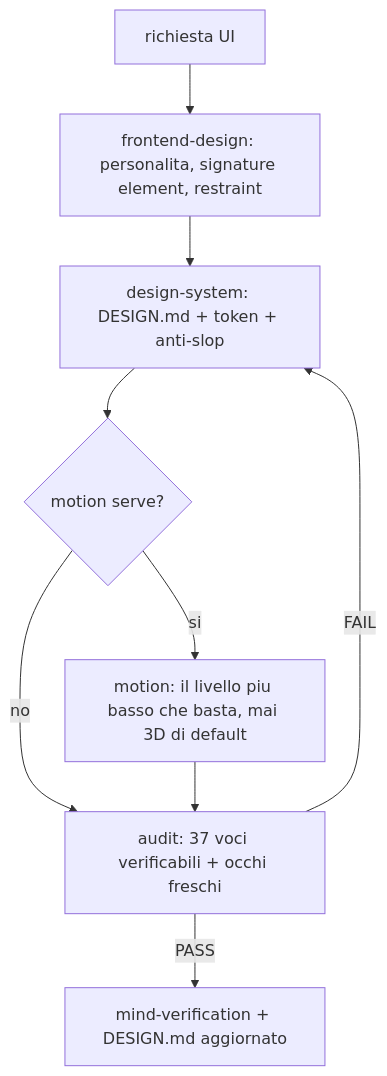
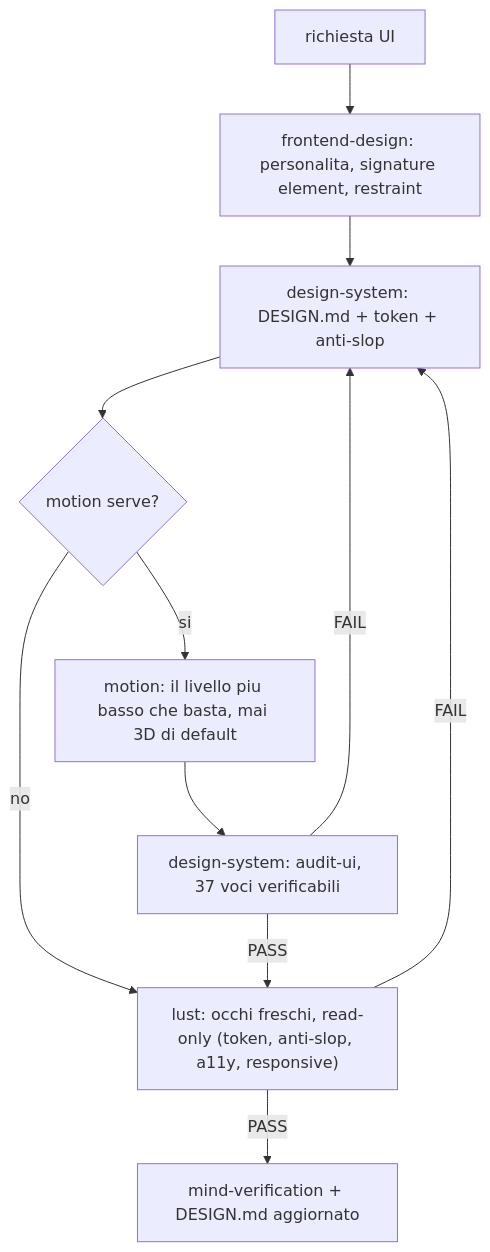
Before and after one commit to Kyriga-CGX/mind-system: the sixth of 10 diagrams in README.md, drawn with Mermaid.

Commit message:
docs(readme): il design ha due gate distinti, audit meccanico e occhi freschi
Il diagramma fondeva l'audit-ui (37 voci, verificabile) con la review read-only di lust. Sono passi diversi: la checklist si percorre, la review indipendente giudica. Entrambi riportano ai token.

````diff
--- a/README.md
+++ b/README.md
@@ -126,11 +126,13 @@
 ```mermaid
 flowchart TB
     R["richiesta UI"] --> DIR["frontend-design: personalita, signature element, restraint"]
     DIR --> TOK["design-system: DESIGN.md + token + anti-slop"]
     TOK --> MO{"motion serve?"}
     MO -->|si| MOT["motion: il livello piu basso che basta, mai 3D di default"]
     MO -->|no| QA
-    MOT --> QA["audit: 37 voci verificabili + occhi freschi"]
+    MOT --> AUD["design-system: audit-ui, 37 voci verificabili"]
+    AUD -->|FAIL| TOK
+    AUD -->|PASS| QA["lust: occhi freschi, read-only (token, anti-slop, a11y, responsive)"]
     QA -->|FAIL| TOK
     QA -->|PASS| G["mind-verification + DESIGN.md aggiornato"]
 ```
````
